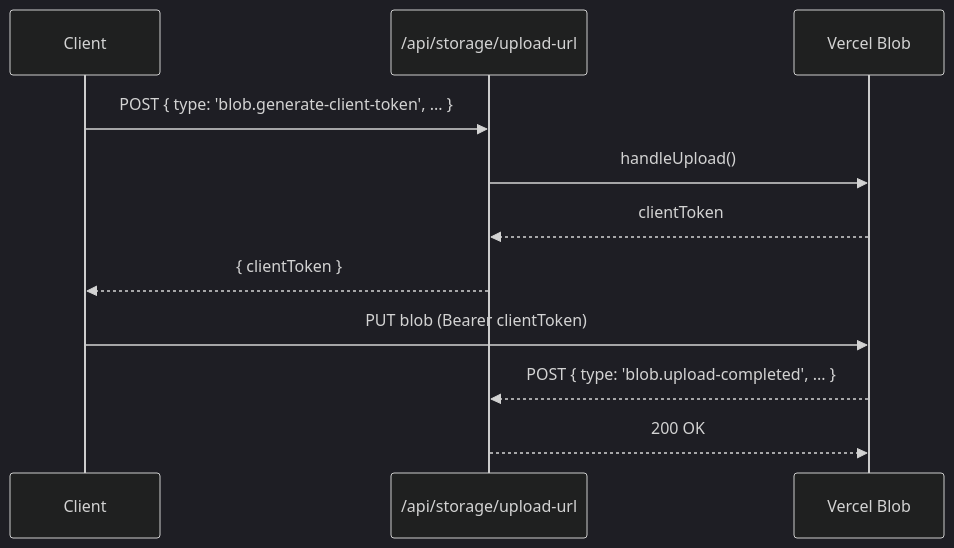
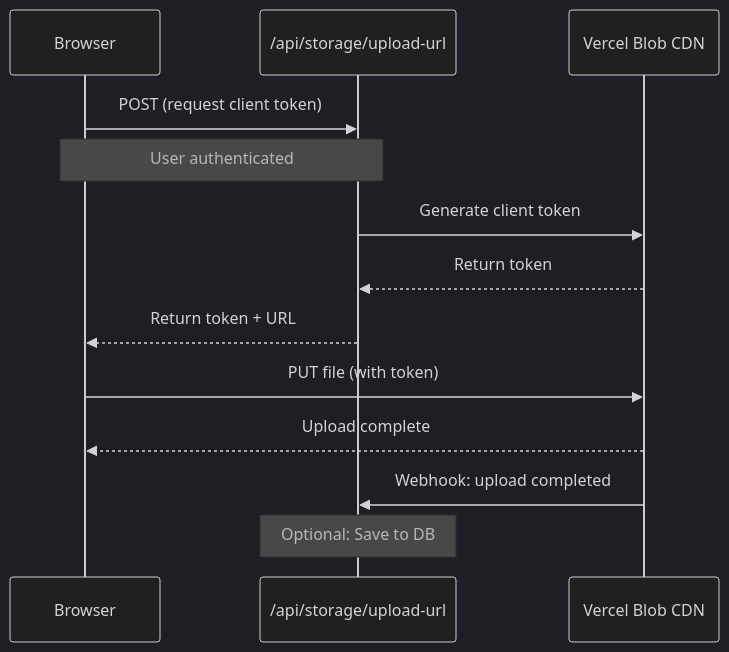
The first of 2 diagrams in docs/tips-guides/file-storage.md (cgoinglove/better-chatbot), drawn with Mermaid (dark theme) before and after one commit. The commit also changed other lines of this file and 9 other files, not shown here.

Commit message:
upload api

````diff
--- a/docs/tips-guides/file-storage.md
+++ b/docs/tips-guides/file-storage.md
@@ -86,14 +111,16 @@
 ```mermaid
 sequenceDiagram
-  participant C as Client
-  participant API as /api/storage/upload-url
-  participant V as Vercel Blob
+  participant Browser
+  participant UploadURL as /api/storage/upload-url
+  participant Vercel as Vercel Blob CDN
 
-  C->>API: POST { type: 'blob.generate-client-token', ... }
-  API->>V: handleUpload()
-  V-->>API: clientToken
-  API-->>C: { clientToken }
-  C->>V: PUT blob (Bearer clientToken)
-  V-->>API: POST { type: 'blob.upload-completed', ... }
-  API-->>V: 200 OK
+  Browser->>UploadURL: POST (request client token)
+  Note over Browser,UploadURL: User authenticated
+  UploadURL->>Vercel: Generate client token
+  Vercel-->>UploadURL: Return token
+  UploadURL-->>Browser: Return token + URL
+  Browser->>Vercel: PUT file (with token)
+  Vercel-->>Browser: Upload complete
+  Vercel->>UploadURL: Webhook: upload completed
+  Note over UploadURL: Optional: Save to DB
 ```
````
